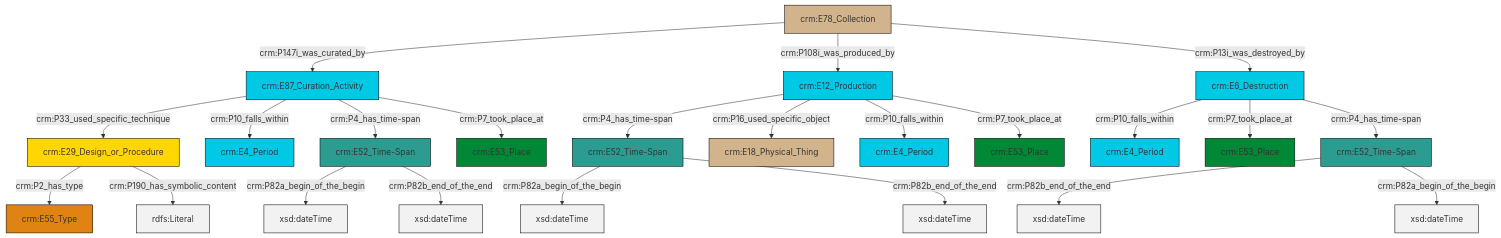
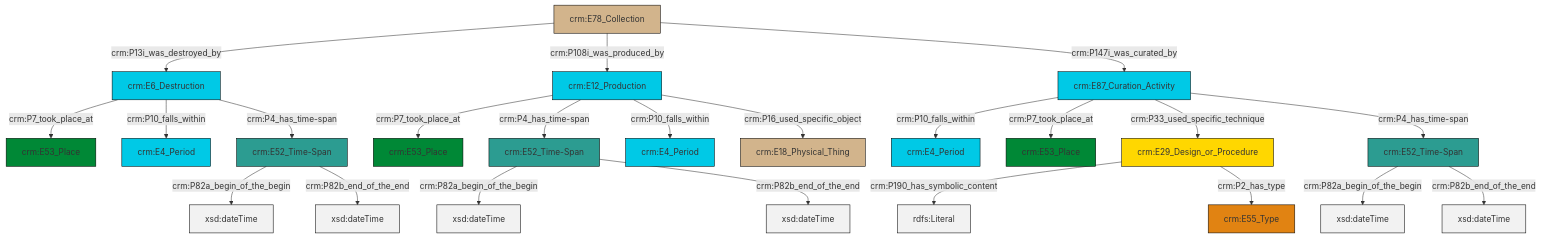
The diagram in et/archivalCSV/ttl/mmd/archival_existence.ttl.mmd (swiss-art-research-net/docs.swissartresearch), drawn with Mermaid before and after one commit. The commit also changed 177 other files, not shown here.

```diff
--- a/et/archivalCSV/ttl/mmd/archival_existence.ttl.mmd
+++ b/et/archivalCSV/ttl/mmd/archival_existence.ttl.mmd
@@ -1,37 +1,37 @@
 graph TD
 classDef Literal fill:#f2f2f2,stroke:#000000;
 classDef CRM_Entity fill:#FFFFFF,stroke:#000000;
 classDef Temporal_Entity fill:#00C9E6, stroke:#000000;
 classDef Type fill:#E18312, stroke:#000000;
 classDef Time-Span fill:#2C9C91, stroke:#000000;
 classDef Appellation fill:#FFEB7F, stroke:#000000;
 classDef Place fill:#008836, stroke:#000000;
 classDef Persistent_Item fill:#B266B2, stroke:#000000;
 classDef Conceptual_Object fill:#FFD700, stroke:#000000;
 classDef Physical_Thing fill:#D2B48C, stroke:#000000;
 classDef Actor fill:#f58aad, stroke:#000000;
 classDef PC_Classes fill:#4ce600, stroke:#000000;
 classDef Multi fill:#cccccc,stroke:#000000;
 
-0["crm:E87_Curation_Activity"]:::Temporal_Entity -->|crm:P33_used_specific_technique| 1["crm:E29_Design_or_Procedure"]:::Conceptual_Object
-4["crm:E78_Collection"]:::Physical_Thing -->|crm:P147i_was_curated_by| 0["crm:E87_Curation_Activity"]:::Temporal_Entity
-6["crm:E6_Destruction"]:::Temporal_Entity -->|crm:P10_falls_within| 7["crm:E4_Period"]:::Temporal_Entity
-4["crm:E78_Collection"]:::Physical_Thing -->|crm:P108i_was_produced_by| 14["crm:E12_Production"]:::Temporal_Entity
-14["crm:E12_Production"]:::Temporal_Entity -->|crm:P4_has_time-span| 15["crm:E52_Time-Span"]:::Time-Span
-6["crm:E6_Destruction"]:::Temporal_Entity -->|crm:P7_took_place_at| 2["crm:E53_Place"]:::Place
-1["crm:E29_Design_or_Procedure"]:::Conceptual_Object -->|crm:P2_has_type| 17["crm:E55_Type"]:::Type
-19["crm:E52_Time-Span"]:::Time-Span -->|crm:P82b_end_of_the_end| 20[xsd:dateTime]:::Literal
-14["crm:E12_Production"]:::Temporal_Entity -->|crm:P16_used_specific_object| 8["crm:E18_Physical_Thing"]:::Physical_Thing
-22["crm:E52_Time-Span"]:::Time-Span -->|crm:P82a_begin_of_the_begin| 23[xsd:dateTime]:::Literal
-15["crm:E52_Time-Span"]:::Time-Span -->|crm:P82a_begin_of_the_begin| 24[xsd:dateTime]:::Literal
-14["crm:E12_Production"]:::Temporal_Entity -->|crm:P10_falls_within| 10["crm:E4_Period"]:::Temporal_Entity
-6["crm:E6_Destruction"]:::Temporal_Entity -->|crm:P4_has_time-span| 19["crm:E52_Time-Span"]:::Time-Span
-14["crm:E12_Production"]:::Temporal_Entity -->|crm:P7_took_place_at| 28["crm:E53_Place"]:::Place
-0["crm:E87_Curation_Activity"]:::Temporal_Entity -->|crm:P10_falls_within| 29["crm:E4_Period"]:::Temporal_Entity
-22["crm:E52_Time-Span"]:::Time-Span -->|crm:P82b_end_of_the_end| 31[xsd:dateTime]:::Literal
-15["crm:E52_Time-Span"]:::Time-Span -->|crm:P82b_end_of_the_end| 32[xsd:dateTime]:::Literal
-0["crm:E87_Curation_Activity"]:::Temporal_Entity -->|crm:P4_has_time-span| 22["crm:E52_Time-Span"]:::Time-Span
-1["crm:E29_Design_or_Procedure"]:::Conceptual_Object -->|crm:P190_has_symbolic_content| 33[rdfs:Literal]:::Literal
-19["crm:E52_Time-Span"]:::Time-Span -->|crm:P82a_begin_of_the_begin| 36[xsd:dateTime]:::Literal
-4["crm:E78_Collection"]:::Physical_Thing -->|crm:P13i_was_destroyed_by| 6["crm:E6_Destruction"]:::Temporal_Entity
-0["crm:E87_Curation_Activity"]:::Temporal_Entity -->|crm:P7_took_place_at| 12["crm:E53_Place"]:::Place
+2["crm:E52_Time-Span"]:::Time-Span -->|crm:P82a_begin_of_the_begin| 3[xsd:dateTime]:::Literal
+4["crm:E87_Curation_Activity"]:::Temporal_Entity -->|crm:P10_falls_within| 5["crm:E4_Period"]:::Temporal_Entity
+6["crm:E52_Time-Span"]:::Time-Span -->|crm:P82a_begin_of_the_begin| 7[xsd:dateTime]:::Literal
+11["crm:E78_Collection"]:::Physical_Thing -->|crm:P13i_was_destroyed_by| 12["crm:E6_Destruction"]:::Temporal_Entity
+12["crm:E6_Destruction"]:::Temporal_Entity -->|crm:P7_took_place_at| 13["crm:E53_Place"]:::Place
+11["crm:E78_Collection"]:::Physical_Thing -->|crm:P108i_was_produced_by| 14["crm:E12_Production"]:::Temporal_Entity
+2["crm:E52_Time-Span"]:::Time-Span -->|crm:P82b_end_of_the_end| 15[xsd:dateTime]:::Literal
+14["crm:E12_Production"]:::Temporal_Entity -->|crm:P7_took_place_at| 8["crm:E53_Place"]:::Place
+18["crm:E52_Time-Span"]:::Time-Span -->|crm:P82a_begin_of_the_begin| 19[xsd:dateTime]:::Literal
+6["crm:E52_Time-Span"]:::Time-Span -->|crm:P82b_end_of_the_end| 20[xsd:dateTime]:::Literal
+18["crm:E52_Time-Span"]:::Time-Span -->|crm:P82b_end_of_the_end| 21[xsd:dateTime]:::Literal
+4["crm:E87_Curation_Activity"]:::Temporal_Entity -->|crm:P7_took_place_at| 22["crm:E53_Place"]:::Place
+12["crm:E6_Destruction"]:::Temporal_Entity -->|crm:P10_falls_within| 27["crm:E4_Period"]:::Temporal_Entity
+14["crm:E12_Production"]:::Temporal_Entity -->|crm:P4_has_time-span| 2["crm:E52_Time-Span"]:::Time-Span
+0["crm:E29_Design_or_Procedure"]:::Conceptual_Object -->|crm:P190_has_symbolic_content| 29[rdfs:Literal]:::Literal
+14["crm:E12_Production"]:::Temporal_Entity -->|crm:P10_falls_within| 30["crm:E4_Period"]:::Temporal_Entity
+4["crm:E87_Curation_Activity"]:::Temporal_Entity -->|crm:P33_used_specific_technique| 0["crm:E29_Design_or_Procedure"]:::Conceptual_Object
+12["crm:E6_Destruction"]:::Temporal_Entity -->|crm:P4_has_time-span| 6["crm:E52_Time-Span"]:::Time-Span
+4["crm:E87_Curation_Activity"]:::Temporal_Entity -->|crm:P4_has_time-span| 18["crm:E52_Time-Span"]:::Time-Span
+11["crm:E78_Collection"]:::Physical_Thing -->|crm:P147i_was_curated_by| 4["crm:E87_Curation_Activity"]:::Temporal_Entity
+0["crm:E29_Design_or_Procedure"]:::Conceptual_Object -->|crm:P2_has_type| 24["crm:E55_Type"]:::Type
+14["crm:E12_Production"]:::Temporal_Entity -->|crm:P16_used_specific_object| 34["crm:E18_Physical_Thing"]:::Physical_Thing
```
